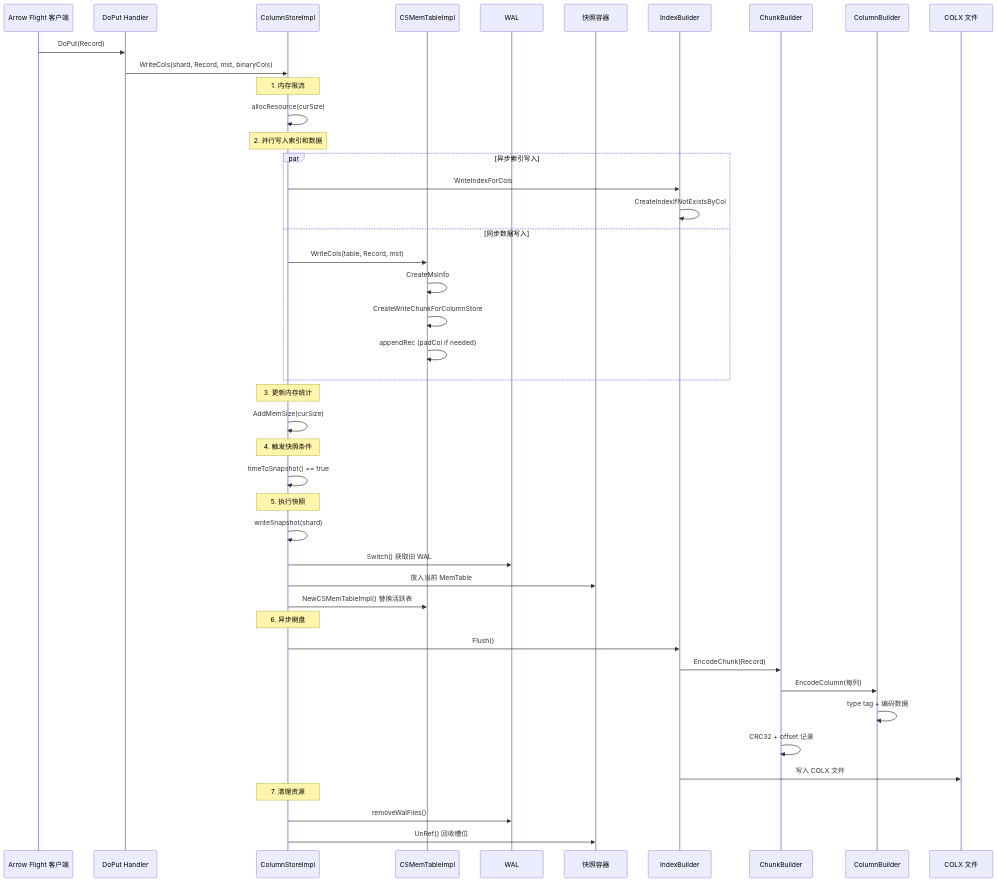
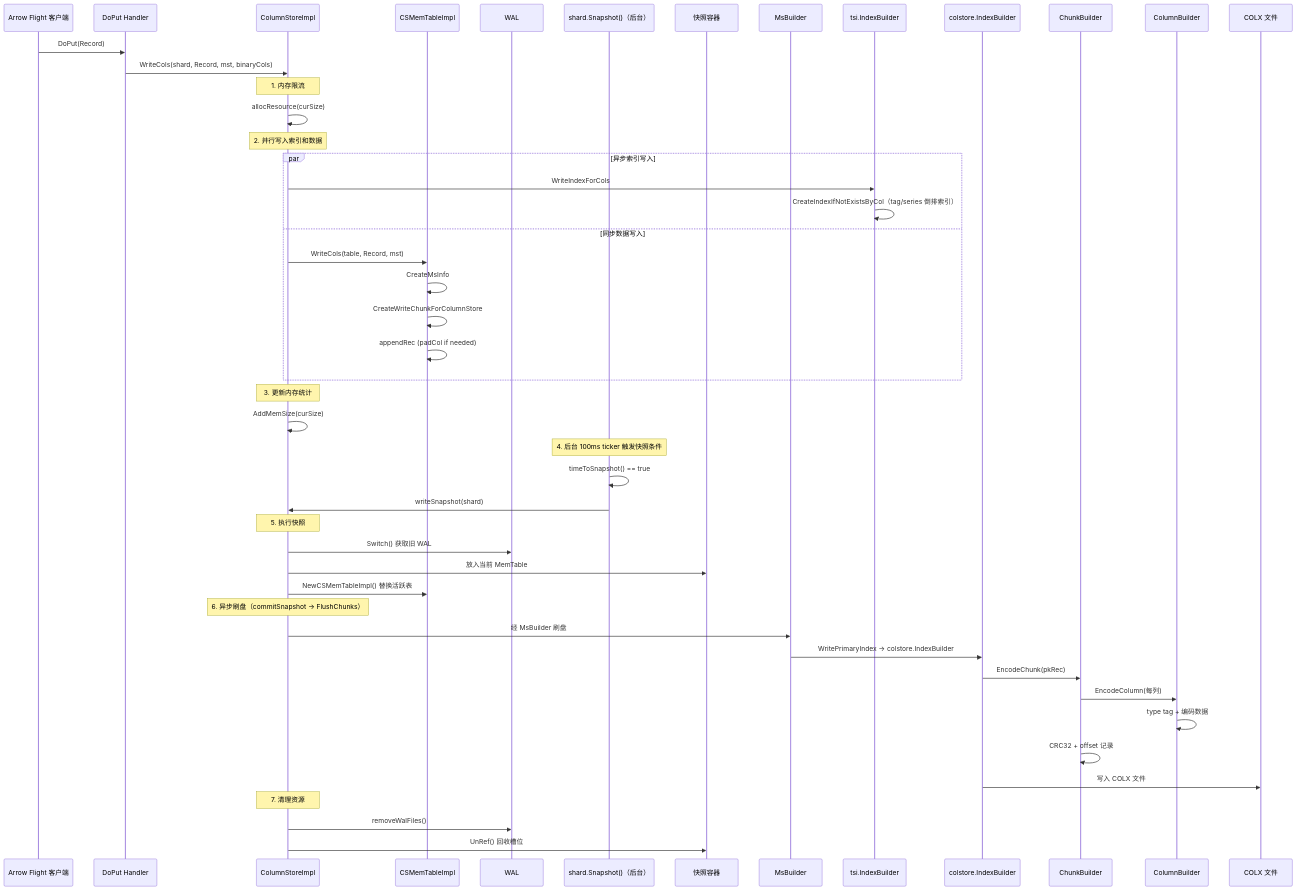
Before and after one commit to stefanv5/openGemini: diagram 12 of 12 in docs/specs/11_column_store_spec.md, drawn with Mermaid. The commit also changed other lines of this file and 37 other files, not shown here.

````diff
--- a/docs/specs/11_column_store_spec.md
+++ b/docs/specs/11_column_store_spec.md
@@ -3241,54 +3336,58 @@
 ```mermaid
 sequenceDiagram
     participant Client as Arrow Flight 客户端
     participant DoPut as DoPut Handler
     participant CS as ColumnStoreImpl
     participant CSM as CSMemTableImpl
     participant WAL as WAL
+    participant Shard as shard.Snapshot()（后台）
     participant Snapshot as 快照容器
-    participant IB as IndexBuilder
+    participant MB as MsBuilder
+    participant TSI as tsi.IndexBuilder
+    participant IB as colstore.IndexBuilder
     participant CB as ChunkBuilder
     participant CBuilder as ColumnBuilder
     participant Disk as COLX 文件
 
     Client->>DoPut: DoPut(Record)
     DoPut->>CS: WriteCols(shard, Record, mst, binaryCols)
 
     Note over CS: 1. 内存限流
     CS->>CS: allocResource(curSize)
 
     Note over CS: 2. 并行写入索引和数据
     par 异步索引写入
-        CS->>IB: WriteIndexForCols
-        IB->>IB: CreateIndexIfNotExistsByCol
+        CS->>TSI: WriteIndexForCols
+        TSI->>TSI: CreateIndexIfNotExistsByCol（tag/series 倒排索引）
     and 同步数据写入
         CS->>CSM: WriteCols(table, Record, mst)
         CSM->>CSM: CreateMsInfo
         CSM->>CSM: CreateWriteChunkForColumnStore
         CSM->>CSM: appendRec (padCol if needed)
     end
 
     Note over CS: 3. 更新内存统计
     CS->>CS: AddMemSize(curSize)
 
-    Note over CS: 4. 触发快照条件
-    CS->>CS: timeToSnapshot() == true
+    Note over Shard: 4. 后台 100ms ticker 触发快照条件
+    Shard->>Shard: timeToSnapshot() == true
+    Shard->>CS: writeSnapshot(shard)
 
     Note over CS: 5. 执行快照
-    CS->>CS: writeSnapshot(shard)
     CS->>WAL: Switch() 获取旧 WAL
     CS->>Snapshot: 放入当前 MemTable
     CS->>CSM: NewCSMemTableImpl() 替换活跃表
 
-    Note over CS: 6. 异步刷盘
-    CS->>IB: Flush()
-    IB->>CB: EncodeChunk(Record)
+    Note over CS: 6. 异步刷盘（commitSnapshot → FlushChunks）
+    CS->>MB: 经 MsBuilder 刷盘
+    MB->>IB: WritePrimaryIndex → colstore.IndexBuilder
+    IB->>CB: EncodeChunk(pkRec)
     CB->>CBuilder: EncodeColumn(每列)
     CBuilder->>CBuilder: type tag + 编码数据
     CB->>CB: CRC32 + offset 记录
     IB->>Disk: 写入 COLX 文件
 
     Note over CS: 7. 清理资源
     CS->>WAL: removeWalFiles()
     CS->>Snapshot: UnRef() 回收槽位
 ```
````
